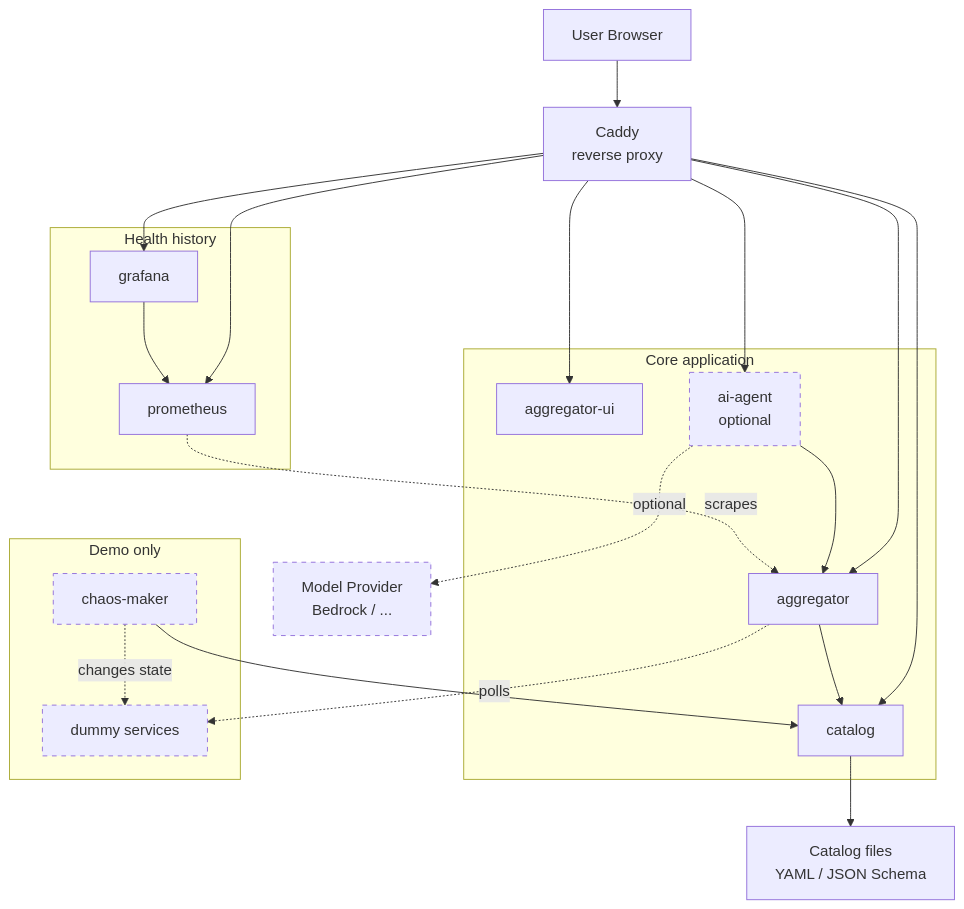
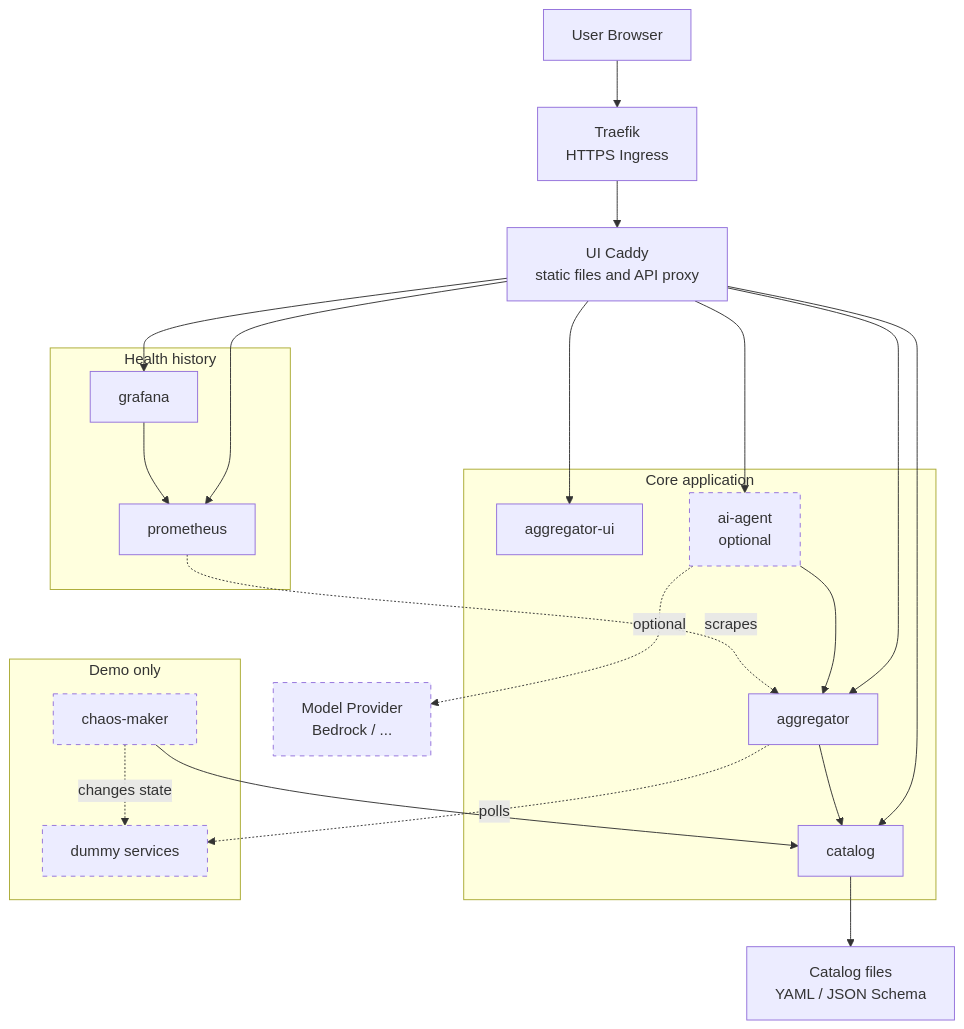
Before and after one commit to aleksei-sapozhnikov/aggregator: the third of 3 diagrams in docs/services.md, drawn with Mermaid. The commit also changed other lines of this file and 6 other files, not shown here.

Commit message:
Keep Compose for local development only and update architecture docs

````diff
--- a/docs/services.md
+++ b/docs/services.md
@@ -68,47 +69,48 @@
 ```mermaid
 flowchart TB
-  browser["User Browser"] --> proxy["Caddy<br>reverse proxy"]
+  browser["User Browser"] --> ingress["Traefik<br>HTTPS Ingress"]
+  ingress --> proxy["UI Caddy<br>static files and API proxy"]
 
   subgraph core["Core application"]
     ui["aggregator-ui"]
     catalog["catalog"]
     aggregator["aggregator"]
     agent["ai-agent<br>optional"]
   end
 
   subgraph history["Health history"]
     prometheus["prometheus"]
     grafana["grafana"]
   end
 
   subgraph demo["Demo only"]
     chaos["chaos-maker"]
     dummy["dummy services"]
   end
 
   files["Catalog files<br>YAML / JSON Schema"]
   model["Model Provider<br>Bedrock / ..."]
 
   proxy --> ui
   proxy --> catalog
   proxy --> aggregator
   proxy --> agent
   proxy --> grafana
   proxy --> prometheus
 
   catalog --> files
   aggregator --> catalog
   aggregator -. polls .-> dummy
 
   agent --> aggregator
   agent -. optional .-> model
 
   prometheus -. scrapes .-> aggregator
   grafana --> prometheus
 
   chaos --> catalog
   chaos -. changes state .-> dummy
 
   classDef optional stroke-dasharray: 5 5
   class agent,model,chaos,dummy optional
 ```
````
